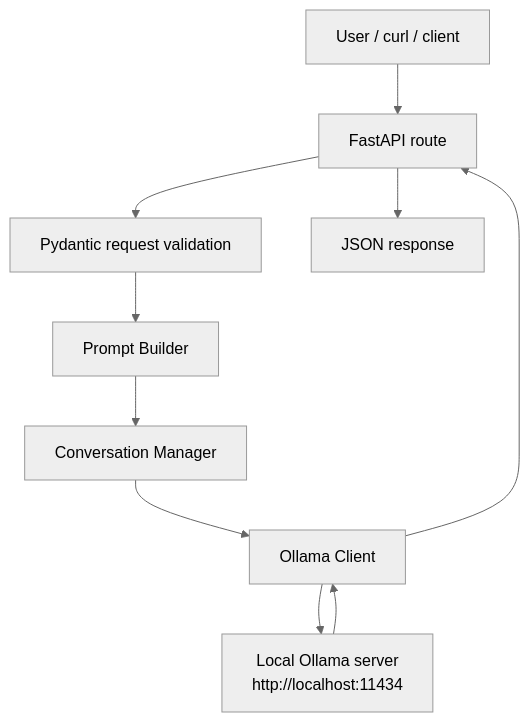
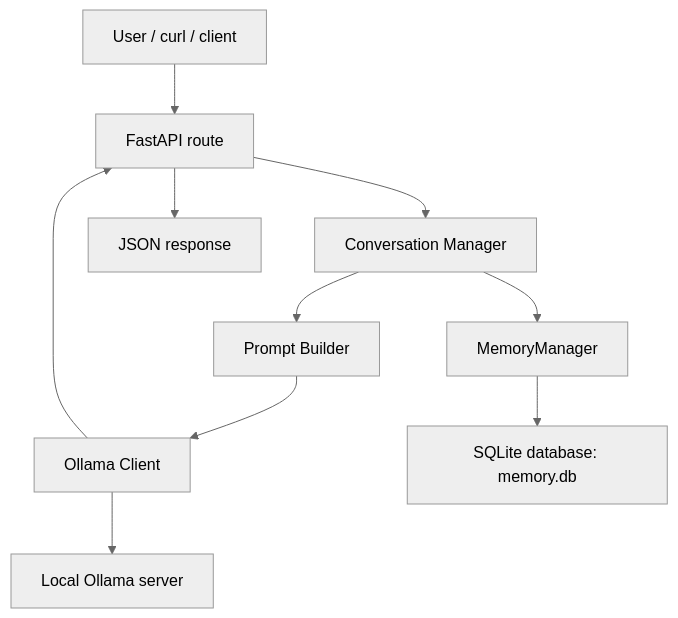
Before and after one commit to Abdul-dev909/AI-Security-: the diagram in README.md, drawn with Mermaid (neutral theme). The commit also changed other lines of this file and 7 other files, not shown here.

````diff
--- a/README.md
+++ b/README.md
@@ -17,12 +26,12 @@
 ```mermaid
 flowchart TD
-		A[User / curl / client] --> B[FastAPI route]
-		B --> C[Pydantic request validation]
-		C --> D[Prompt Builder]
-		D --> E[Conversation Manager]
-		E --> F[Ollama Client]
-		F --> G[Local Ollama server\nhttp://localhost:11434]
-		G --> F
-		F --> B
-		B --> H[JSON response]
+    A[User / curl / client] --> B[FastAPI route]
+    B --> C[Conversation Manager]
+    C --> D[Prompt Builder]
+    D --> E[Ollama Client]
+    E --> F[Local Ollama server]
+    C --> G[MemoryManager]
+    G --> H[SQLite database: memory.db]
+    E --> B
+    B --> I[JSON response]
 ```
````
